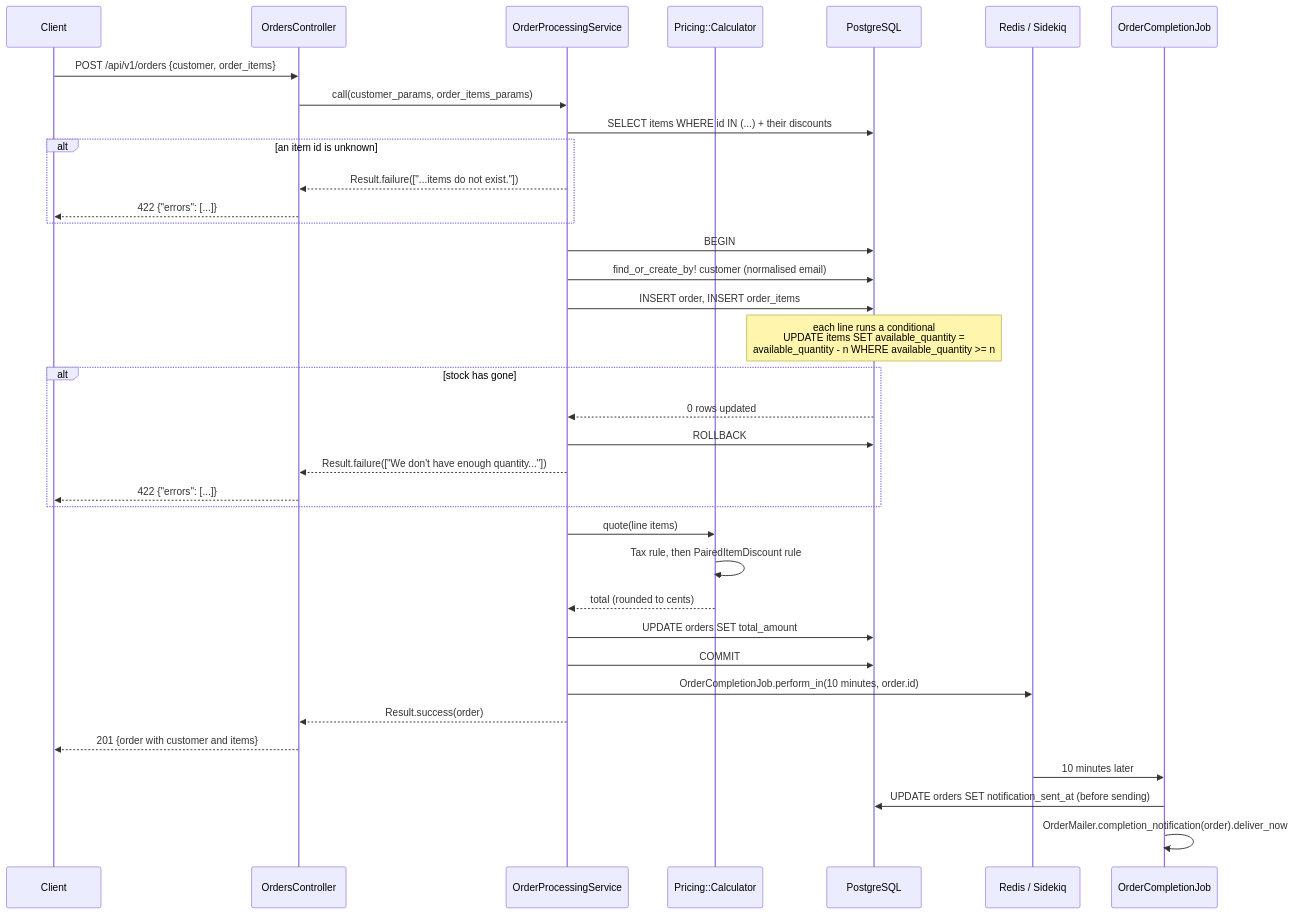
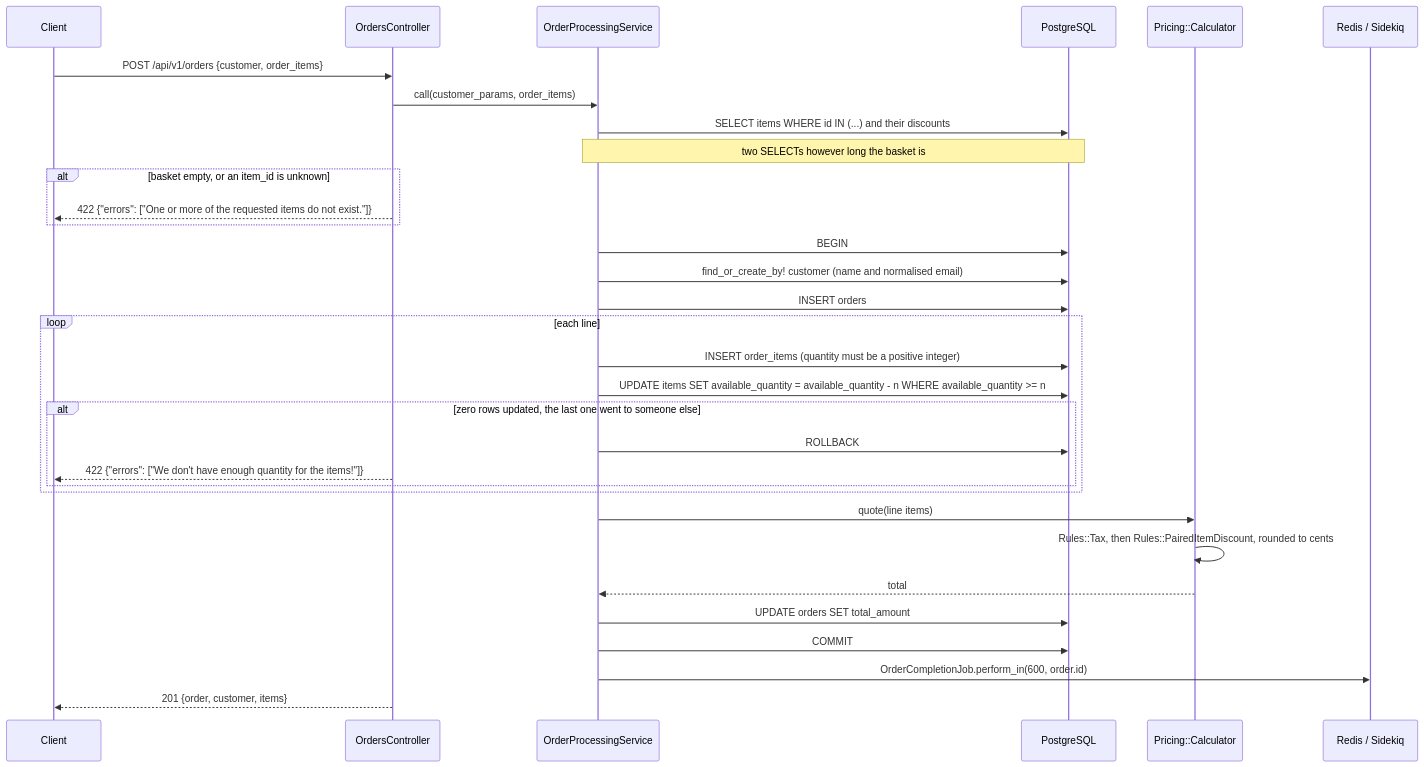
The second of 2 diagrams in README.md (TCMS31/agnos-coffee-shop-be), drawn with Mermaid before and after one commit. The commit also changed other lines of this file, not shown here.

````diff
--- a/README.md
+++ b/README.md
@@ -100,44 +82,37 @@
 ```mermaid
 sequenceDiagram
     participant C as Client
     participant Ctl as OrdersController
     participant Svc as OrderProcessingService
+    participant DB as PostgreSQL
     participant Calc as Pricing::Calculator
-    participant DB as PostgreSQL
     participant Q as Redis / Sidekiq
-    participant W as OrderCompletionJob
 
     C->>Ctl: POST /api/v1/orders {customer, order_items}
-    Ctl->>Svc: call(customer_params, order_items_params)
-
-    Svc->>DB: SELECT items WHERE id IN (...) + their discounts
-    alt an item id is unknown
-        Svc-->>Ctl: Result.failure(["...items do not exist."])
-        Ctl-->>C: 422 {"errors": [...]}
+    Ctl->>Svc: call(customer_params, order_items)
+    Svc->>DB: SELECT items WHERE id IN (...) and their discounts
+    Note over Svc,DB: two SELECTs however long the basket is
+    alt basket empty, or an item_id is unknown
+        Ctl-->>C: 422 {"errors": ["One or more of the requested items do not exist."]}
     end
 
     Svc->>DB: BEGIN
-    Svc->>DB: find_or_create_by! customer (normalised email)
-    Svc->>DB: INSERT order, INSERT order_items
-    Note over DB: each line runs a conditional<br/>UPDATE items SET available_quantity =<br/>available_quantity - n WHERE available_quantity >= n
-    alt stock has gone
-        DB-->>Svc: 0 rows updated
-        Svc->>DB: ROLLBACK
-        Svc-->>Ctl: Result.failure(["We don't have enough quantity..."])
-        Ctl-->>C: 422 {"errors": [...]}
+    Svc->>DB: find_or_create_by! customer (name and normalised email)
+    Svc->>DB: INSERT orders
+    loop each line
+        Svc->>DB: INSERT order_items (quantity must be a positive integer)
+        Svc->>DB: UPDATE items SET available_quantity = available_quantity - n WHERE available_quantity >= n
+        alt zero rows updated, the last one went to someone else
+            Svc->>DB: ROLLBACK
+            Ctl-->>C: 422 {"errors": ["We don't have enough quantity for the items!"]}
+        end
     end
-
     Svc->>Calc: quote(line items)
-    Calc->>Calc: Tax rule, then PairedItemDiscount rule
-    Calc-->>Svc: total (rounded to cents)
+    Calc->>Calc: Rules::Tax, then Rules::PairedItemDiscount, rounded to cents
+    Calc-->>Svc: total
     Svc->>DB: UPDATE orders SET total_amount
     Svc->>DB: COMMIT
 
-    Svc->>Q: OrderCompletionJob.perform_in(10 minutes, order.id)
-    Svc-->>Ctl: Result.success(order)
-    Ctl-->>C: 201 {order with customer and items}
-
-    Q->>W: 10 minutes later
-    W->>DB: UPDATE orders SET notification_sent_at (before sending)
-    W->>W: OrderMailer.completion_notification(order).deliver_now
+    Svc->>Q: OrderCompletionJob.perform_in(600, order.id)
+    Ctl-->>C: 201 {order, customer, items}
 ```
````
